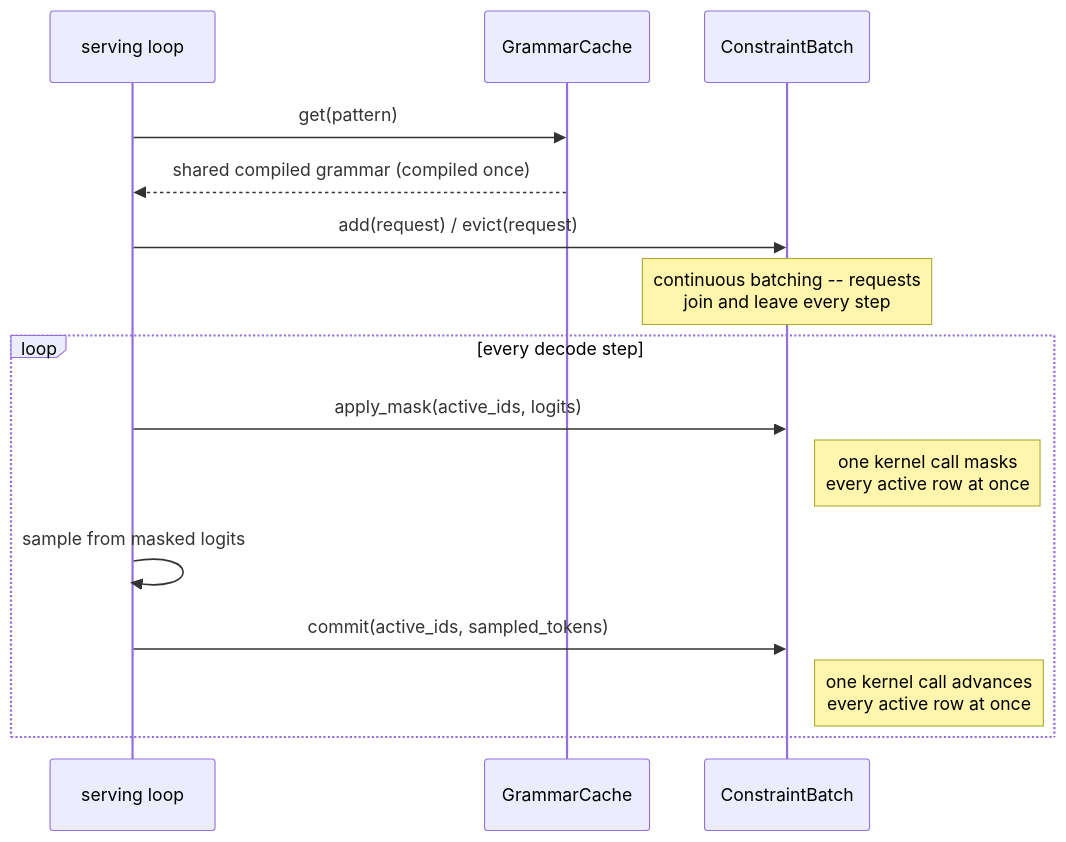
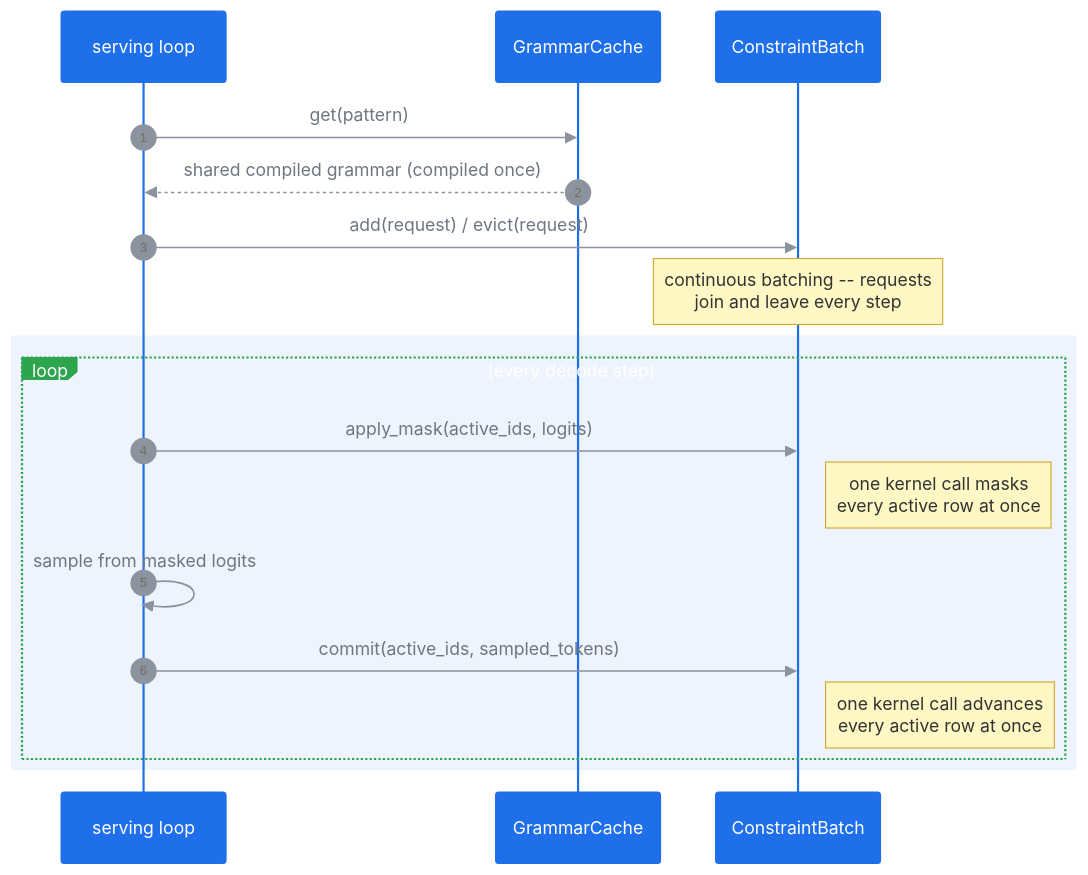
The first of 2 diagrams in README.md (zanarashidi/bpdecode), drawn with Mermaid before and after one commit. The commit also changed other lines of this file, not shown here.

First line of the commit message:
README: restyle diagrams with color and structure

````diff
--- a/README.md
+++ b/README.md
@@ -94,19 +94,23 @@
 ```mermaid
+%%{init: {"theme": "base", "themeVariables": {"primaryColor": "#1f6feb", "primaryTextColor": "#fff", "primaryBorderColor": "#1f6feb", "lineColor": "#8b949e", "actorBkg": "#1f6feb", "actorTextColor": "#fff", "actorBorder": "#1f6feb", "signalColor": "#8b949e", "signalTextColor": "#6e7781", "noteBkgColor": "#fff8c5", "noteBorderColor": "#d4a72c", "labelBoxBkgColor": "#2da44e", "labelBoxBorderColor": "#2da44e", "labelTextColor": "#fff"}}}%%
 sequenceDiagram
+    autonumber
     participant Server as serving loop
     participant Cache as GrammarCache
     participant Batch as ConstraintBatch
 
     Server->>Cache: get(pattern)
     Cache-->>Server: shared compiled grammar (compiled once)
     Server->>Batch: add(request) / evict(request)
     Note over Batch: continuous batching -- requests<br/>join and leave every step
 
+    rect rgba(31, 111, 235, 0.08)
     loop every decode step
         Server->>Batch: apply_mask(active_ids, logits)
         Note right of Batch: one kernel call masks<br/>every active row at once
         Server->>Server: sample from masked logits
         Server->>Batch: commit(active_ids, sampled_tokens)
         Note right of Batch: one kernel call advances<br/>every active row at once
     end
+    end
 ```
````
